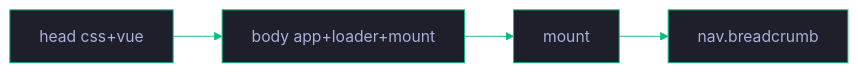
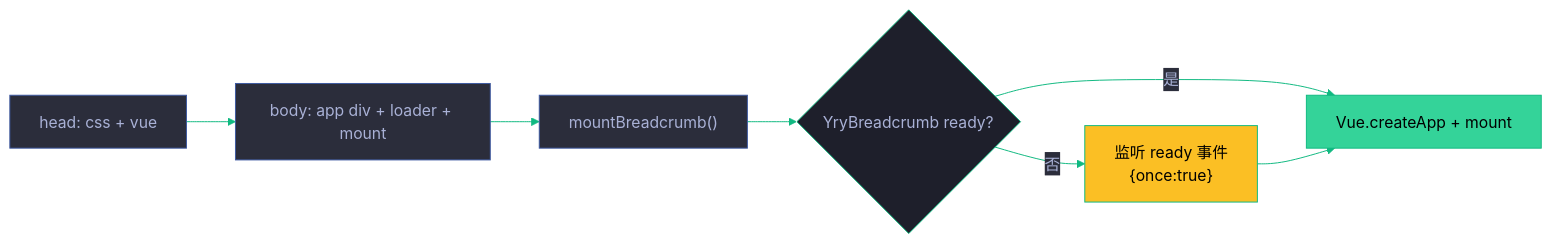
Before and after one commit to effiy/YrY: the second of 2 diagrams in cdn/yry-breadcrumb/scenes/场景-4-页面集成/index.md, drawn with Mermaid. The commit also changed other lines of this file and 1028 other files, not shown here.

````diff
--- a/cdn/yry-breadcrumb/scenes/场景-4-页面集成/index.md
+++ b/cdn/yry-breadcrumb/scenes/场景-4-页面集成/index.md
@@ -48,7 +179,18 @@
 ```mermaid
-%%{init: {'theme': 'base', 'themeVariables': {'primaryColor': '#1e1f2b','primaryTextColor': '#a9b1d6','primaryBorderColor': '#10b981','lineColor': '#10b981','secondaryColor': '#2b2d3b'}}}%%
+%%{init: {'theme': 'base', 'themeVariables': {
+  'primaryColor': '#1e1f2b', 'primaryTextColor': '#a9b1d6',
+  'primaryBorderColor': '#10b981', 'lineColor': '#10b981',
+  'secondaryColor': '#2b2d3b', 'tertiaryColor': '#21232f'
+}}}%%
 flowchart LR
-    H[head css+vue] --> B[body app+loader+mount]
-    B --> M[mount]
-    M --> N[nav.breadcrumb]
+    H["head: css + vue"]:::s --> B["body: app div + loader + mount"]:::s
+    B --> M["mountBreadcrumb()"]:::s
+    M --> R{"YryBreadcrumb ready?"}
+    R -->|"是"| N["Vue.createApp + mount"]:::out
+    R -->|"否"| W["监听 ready 事件<br/>{once:true}"]:::warn
+    W --> N
+
+    classDef s fill:#2b2d3b,stroke:#3d59a1,color:#a9b1d6
+    classDef out fill:#34d399,color:#000
+    classDef warn fill:#fbbf24,color:#000
 ```
````
